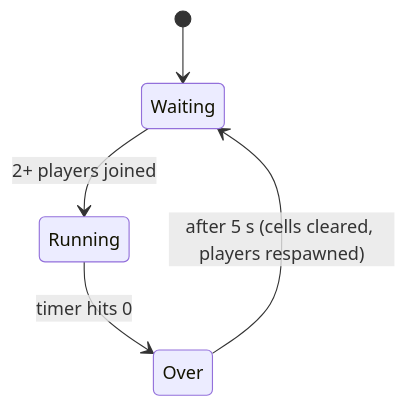
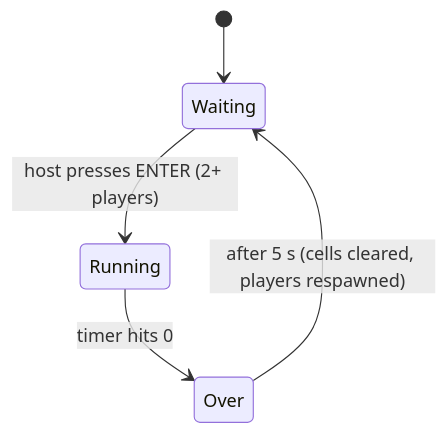
The fourth of 4 diagrams in README.md (CitizenCathay/CSD3116-Distributed-and-Secure-Simulation), drawn with Mermaid before and after one commit. The commit also changed other lines of this file and 4 other files, not shown here.

````diff
--- a/README.md
+++ b/README.md
@@ -172,7 +172,7 @@
 ```mermaid
 stateDiagram-v2
     [*] --> Waiting
-    Waiting --> Running: 2+ players joined
+    Waiting --> Running: host presses ENTER (2+ players)
     Running --> Over: timer hits 0
     Over --> Waiting: after 5 s (cells cleared, players respawned)
 ```
````
